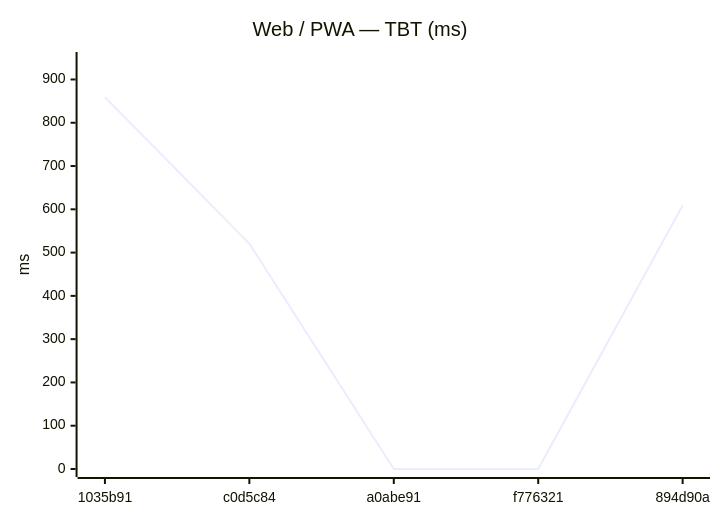
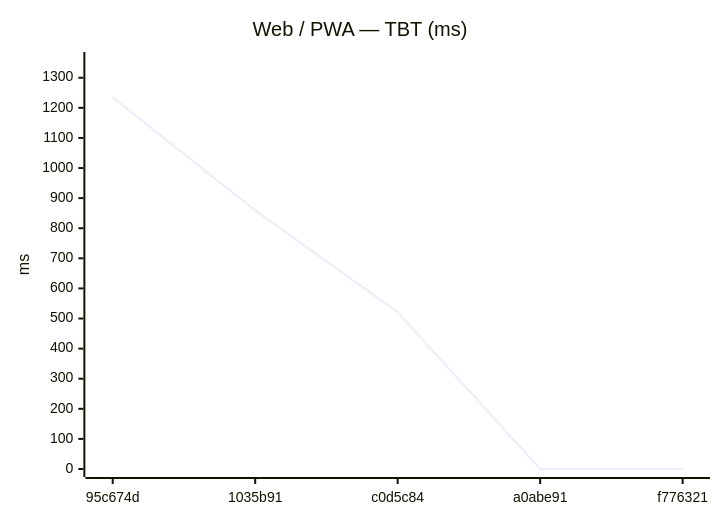
The eighth of 18 diagrams in benchmarks/compare.md (Metaheurist/Rianell), drawn with Mermaid before and after one commit. The commit also changed other lines of this file and 11 other files, not shown here.

````diff
--- a/benchmarks/compare.md
+++ b/benchmarks/compare.md
@@ -124,7 +124,7 @@
 ```mermaid
 xychart-beta
     title "Web / PWA — TBT (ms)"
-    x-axis ["1035b91", "c0d5c84", "a0abe91", "f776321", "894d90a"]
-    y-axis "ms" 0 --> 945
-    line [859, 521, 0, 0, 609]
+    x-axis ["95c674d", "1035b91", "c0d5c84", "a0abe91", "f776321"]
+    y-axis "ms" 0 --> 1359
+    line [1235, 859, 521, 0, 0]
 ```
````
